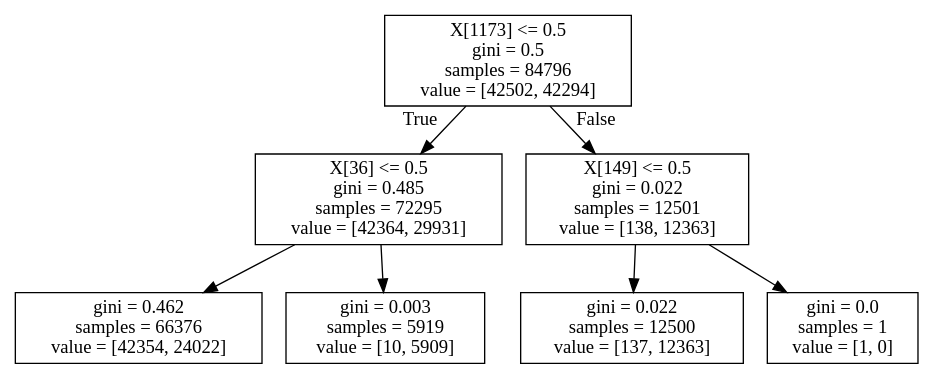
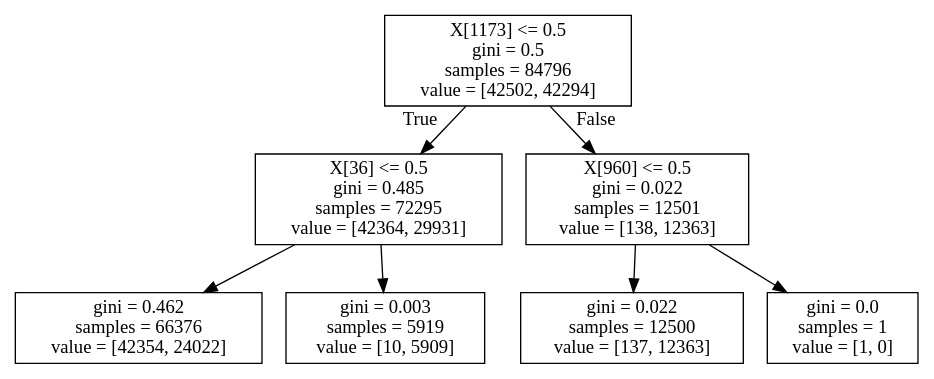
One commit to leejong4414/CSE-546-Project changed the diagram in Decision Tree/tree2.dot. Above: the diagram before and after it, drawn with Graphviz. The commit also changed 96 other files, not shown here.

```diff
--- a/Decision Tree/tree2.dot
+++ b/Decision Tree/tree2.dot
@@ -1,16 +1,16 @@
 digraph Tree {
 node [shape=box] ;
 0 [label="X[1173] <= 0.5\ngini = 0.5\nsamples = 84796\nvalue = [42502, 42294]"] ;
 1 [label="X[36] <= 0.5\ngini = 0.485\nsamples = 72295\nvalue = [42364, 29931]"] ;
 0 -> 1 [labeldistance=2.5, labelangle=45, headlabel="True"] ;
 2 [label="gini = 0.462\nsamples = 66376\nvalue = [42354, 24022]"] ;
 1 -> 2 ;
 3 [label="gini = 0.003\nsamples = 5919\nvalue = [10, 5909]"] ;
 1 -> 3 ;
-4 [label="X[149] <= 0.5\ngini = 0.022\nsamples = 12501\nvalue = [138, 12363]"] ;
+4 [label="X[960] <= 0.5\ngini = 0.022\nsamples = 12501\nvalue = [138, 12363]"] ;
 0 -> 4 [labeldistance=2.5, labelangle=-45, headlabel="False"] ;
 5 [label="gini = 0.022\nsamples = 12500\nvalue = [137, 12363]"] ;
 4 -> 5 ;
 6 [label="gini = 0.0\nsamples = 1\nvalue = [1, 0]"] ;
 4 -> 6 ;
 }
```
